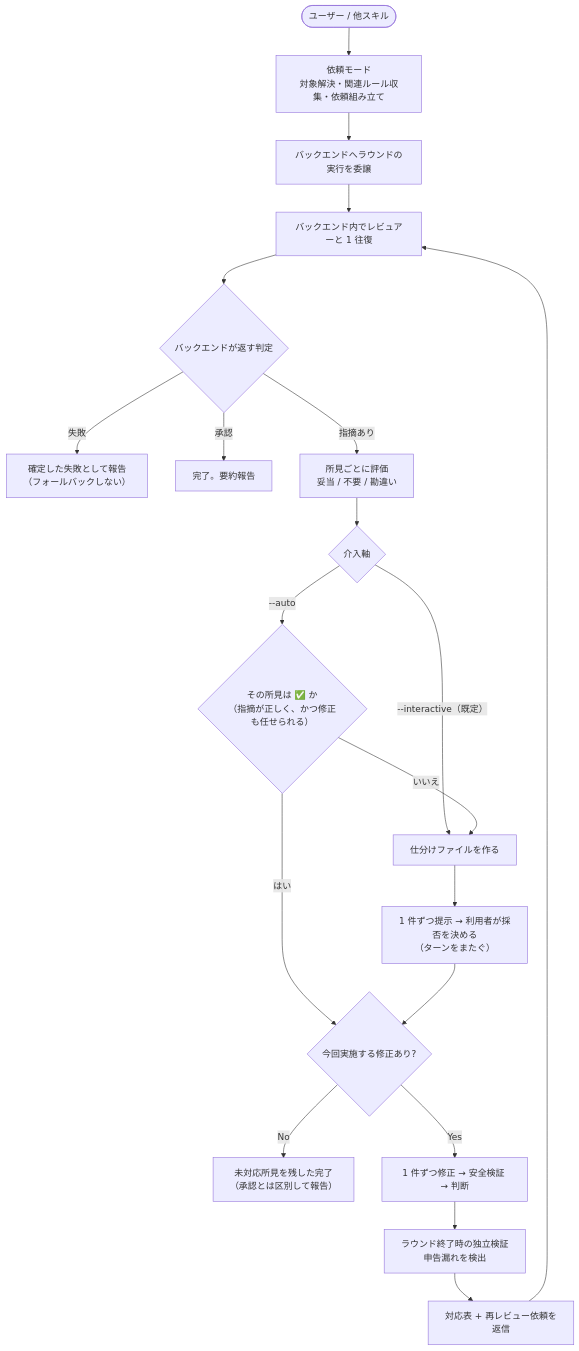
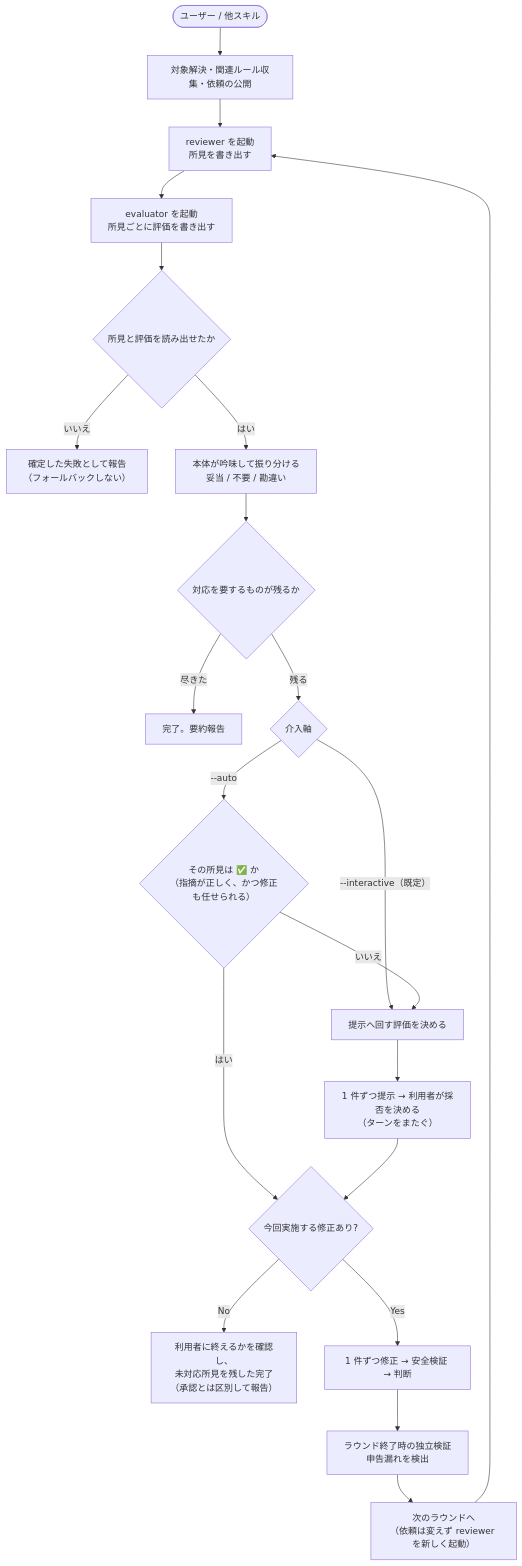
The diagram in docs/readme/forge/guide_review_ja.md (BlueEventHorizon/bw-cc-plugins), drawn with Mermaid before and after one commit. The commit also changed other lines of this file and 26 other files, not shown here.

````diff
--- a/docs/readme/forge/guide_review_ja.md
+++ b/docs/readme/forge/guide_review_ja.md
@@ -154,39 +149,42 @@
 ```mermaid
 flowchart TD
     START([ユーザー / 他スキル]) --> REQ
 
-    REQ["依頼モード<br/>対象解決・関連ルール収集・依頼組み立て"] --> SEND
+    REQ["対象解決・関連ルール収集・依頼の公開"] --> RV
 
-    SEND["バックエンドへラウンドの実行を委譲"] --> WAIT
+    RV["reviewer を起動<br/>所見を書き出す"] --> EV
 
-    WAIT["バックエンド内でレビュアーと 1 往復"] --> RESULT
+    EV["evaluator を起動<br/>所見ごとに評価を書き出す"] --> READ
 
-    RESULT{バックエンドが返す判定}
-    RESULT -->|"失敗"| FAIL["確定した失敗として報告<br/>（フォールバックしない）"]
-    RESULT -->|"承認"| DONE["完了。要約報告"]
-    RESULT -->|"指摘あり"| EVAL
+    READ{所見と評価を読み出せたか}
+    READ -->|"いいえ"| FAIL["確定した失敗として報告<br/>（フォールバックしない）"]
+    READ -->|"はい"| EXAM
 
-    EVAL["所見ごとに評価<br/>妥当 / 不要 / 勘違い"] --> MODE
+    EXAM["本体が吟味して振り分ける<br/>妥当 / 不要 / 勘違い"] --> REMAIN
+
+    REMAIN{対応を要するものが残るか}
+    REMAIN -->|"尽きた"| DONE["完了。要約報告"]
+    REMAIN -->|"残る"| MODE
 
     MODE{介入軸}
     MODE -->|"--interactive（既定）"| TRIAGE
     MODE -->|"--auto"| SPLIT
 
     SPLIT{"その所見は ✅ か<br/>（指摘が正しく、かつ修正も任せられる）"}
     SPLIT -->|"はい"| CONFIRM
     SPLIT -->|"いいえ"| TRIAGE
 
-    TRIAGE["仕分けファイルを作る"] --> STEP
+    TRIAGE["提示へ回す評価を決める"] --> STEP
 
     STEP["1 件ずつ提示 → 利用者が採否を決める<br/>（ターンをまたぐ）"] --> CONFIRM
 
     CONFIRM{今回実施する修正あり?}
-    CONFIRM -->|No| DONE2["未対応所見を残した完了<br/>（承認とは区別して報告）"]
+    CONFIRM -->|No| DONE2["利用者に終えるかを確認し、<br/>未対応所見を残した完了<br/>（承認とは区別して報告）"]
     CONFIRM -->|Yes| FIX
 
     FIX["1 件ずつ修正 → 安全検証 → 判断"] --> VERIFY
 
-    VERIFY["ラウンド終了時の独立検証<br/>申告漏れを検出"] --> REPLY
+    VERIFY["ラウンド終了時の独立検証<br/>申告漏れを検出"] --> NEXT
 
-    REPLY["対応表 + 再レビュー依頼を返信"] --> WAIT
+    NEXT["次のラウンドへ<br/>（依頼は変えず reviewer を新しく起動）"] --> RV
 ```
````
